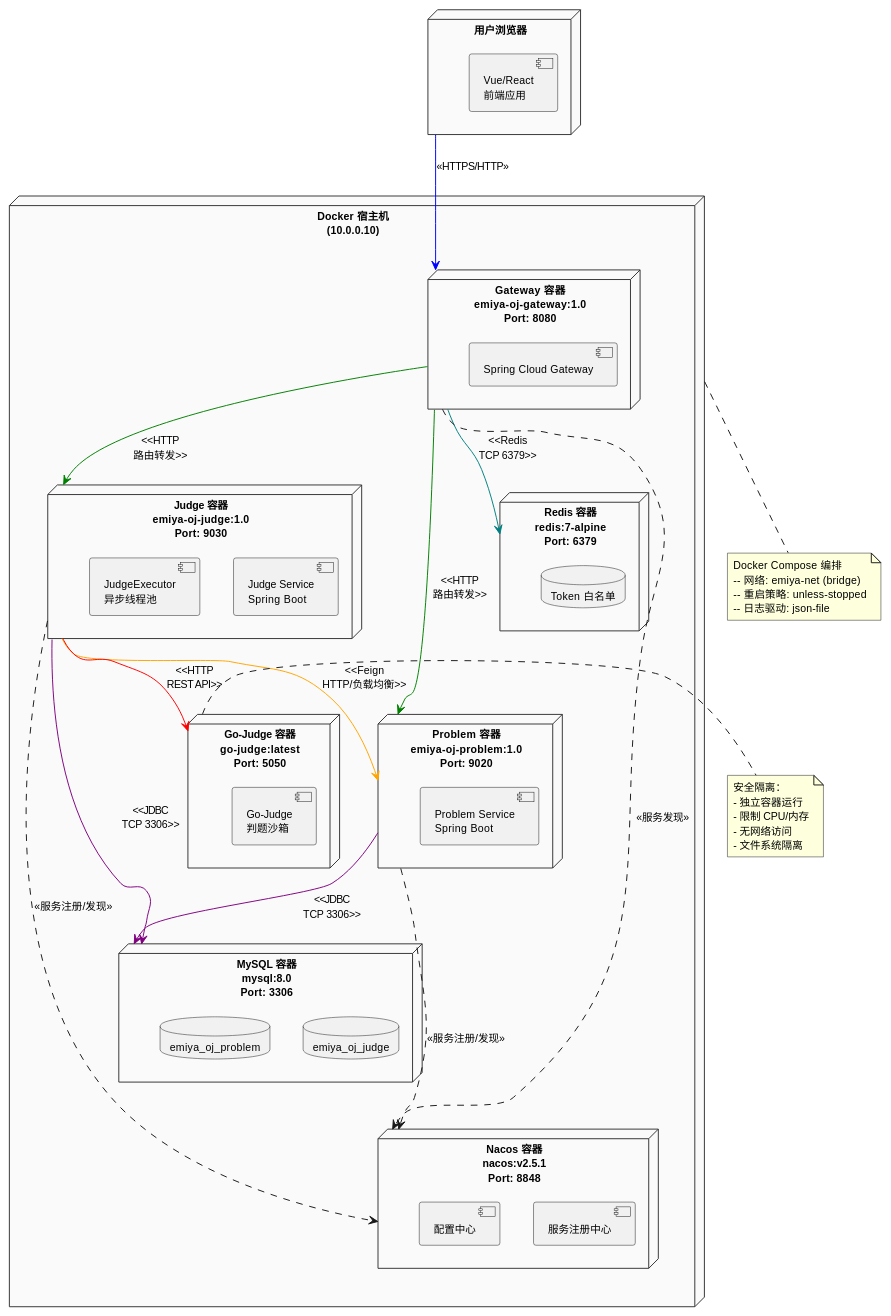
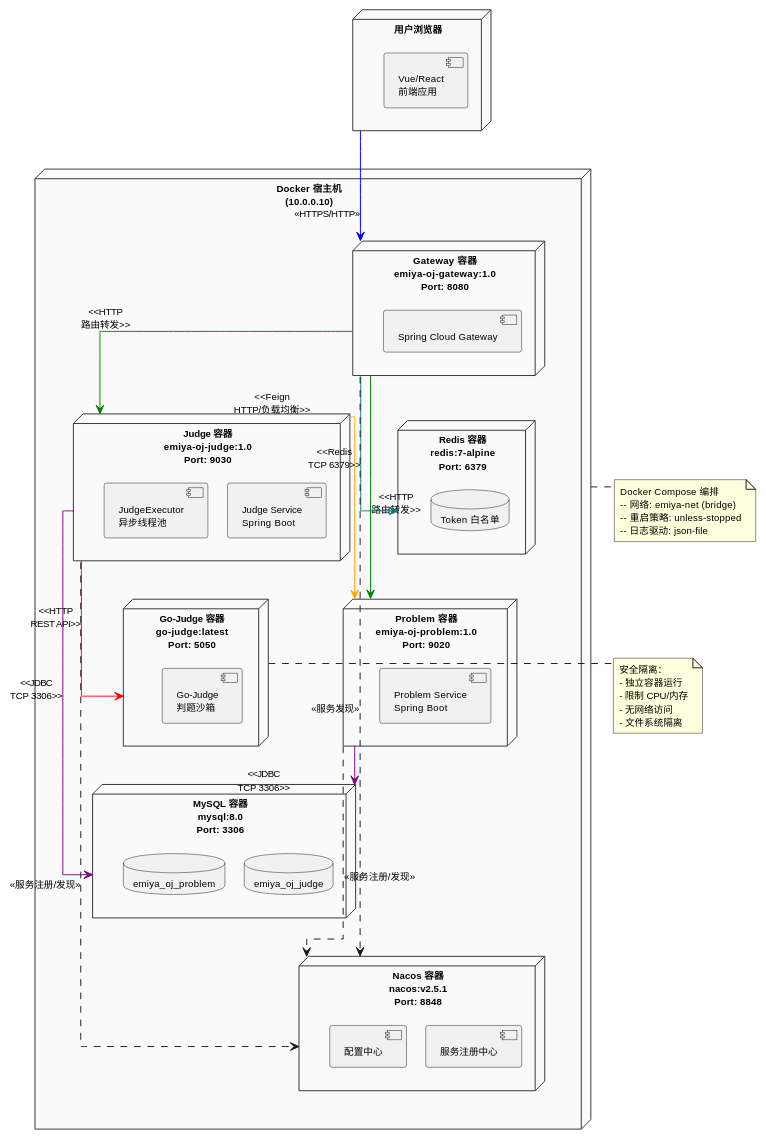
One commit to xiaohuanemiya/EmiyaOJ-Cloud changed the seventh of 14 diagrams in docs/UML2.0-完整建模.md. Above: the diagram before and after it, drawn with PlantUML. The commit also changed other lines of this file and 31 other files, not shown here.

````diff
--- a/docs/UML2.0-完整建模.md
+++ b/docs/UML2.0-完整建模.md
@@ -754,74 +781,77 @@
 ```plantuml
 @startuml Judge-Deployment
 skinparam nodeBorderColor #333333
 skinparam nodeBackgroundColor #FAFAFA
-skinparam defaultFontSize 11
+skinparam defaultFontSize 10
+skinparam linetype ortho
+skinparam nodesep 20
+skinparam ranksep 30
 
 node "用户浏览器" as Browser {
   component "Vue/React\n前端应用" as WebApp
 }
 
 node "Docker 宿主机\n(10.0.0.10)" as DockerHost {
   
   node "Gateway 容器\nemiya-oj-gateway:1.0\nPort: 8080" as GW {
     [Spring Cloud Gateway]
   }
 
   node "Judge 容器\nemiya-oj-judge:1.0\nPort: 9030" as Judge {
     [Judge Service\nSpring Boot]
     [JudgeExecutor\n异步线程池]
   }
 
   node "Problem 容器\nemiya-oj-problem:1.0\nPort: 9020" as Problem {
     [Problem Service\nSpring Boot]
   }
 
   node "Go-Judge 容器\ngo-judge:latest\nPort: 5050" as GoJudge {
     [Go-Judge\n判题沙箱]
   }
 
   node "MySQL 容器\nmysql:8.0\nPort: 3306" as MySQL {
     database "emiya_oj_judge"
     database "emiya_oj_problem"
   }
 
   node "Redis 容器\nredis:7-alpine\nPort: 6379" as Redis {
     database "Token 白名单"
   }
 
   node "Nacos 容器\nnacos:v2.5.1\nPort: 8848" as Nacos {
     [服务注册中心]
     [配置中心]
   }
 }
 
 ' === 通信协议 ===
 Browser -[#blue]-> GW : <<HTTPS/HTTP>>
 GW -[#green]-> Judge : <<HTTP\n路由转发>>
 GW -[#green]-> Problem : <<HTTP\n路由转发>>
 Judge -[#orange]-> Problem : <<Feign\nHTTP/负载均衡>>
 Judge -[#red]-> GoJudge : <<HTTP\nREST API>>
 Judge -[#purple]-> MySQL : <<JDBC\nTCP 3306>>
 Problem -[#purple]-> MySQL : <<JDBC\nTCP 3306>>
 GW -[#teal]-> Redis : <<Redis\nTCP 6379>>
 Judge -.-> Nacos : <<服务注册/发现>>
 Problem -.-> Nacos : <<服务注册/发现>>
 GW -.-> Nacos : <<服务发现>>
 
 note right of GoJudge
   安全隔离：
   - 独立容器运行
   - 限制 CPU/内存
   - 无网络访问
   - 文件系统隔离
 end note
 
 note bottom of DockerHost
   Docker Compose 编排
   -- 网络: emiya-net (bridge)
   -- 重启策略: unless-stopped
   -- 日志驱动: json-file
 end note
 
 @enduml
 ```
````
